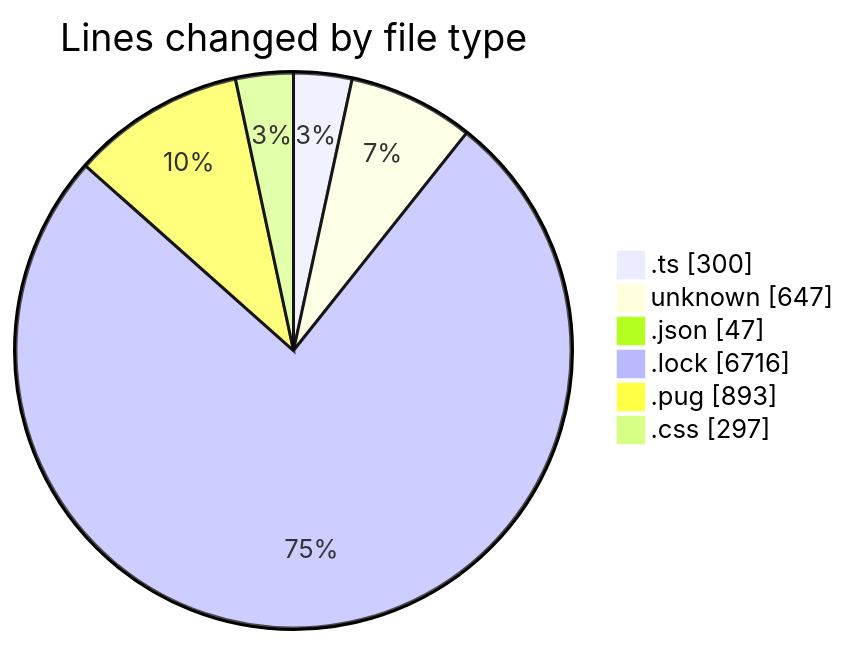
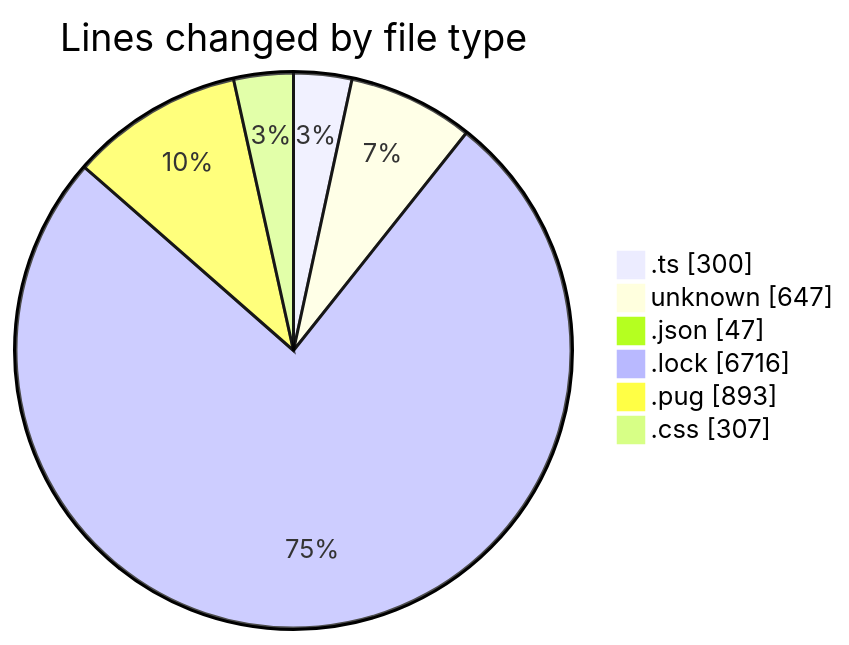
Before and after one commit to momahboobian/code-tracking: the first of 2 diagrams in 2026-05-22/cda/README.md, drawn with Mermaid. The commit also changed other lines of this file and 1 other file, not shown here.

````diff
--- a/2026-05-22/cda/README.md
+++ b/2026-05-22/cda/README.md
@@ -30,10 +30,10 @@
 ```mermaid
 pie showData
 title Lines changed by file type
 ".ts" : 300
 "unknown" : 647
 ".json" : 47
 ".lock" : 6716
 ".pug" : 893
-".css" : 297
+".css" : 307
 ```
````
